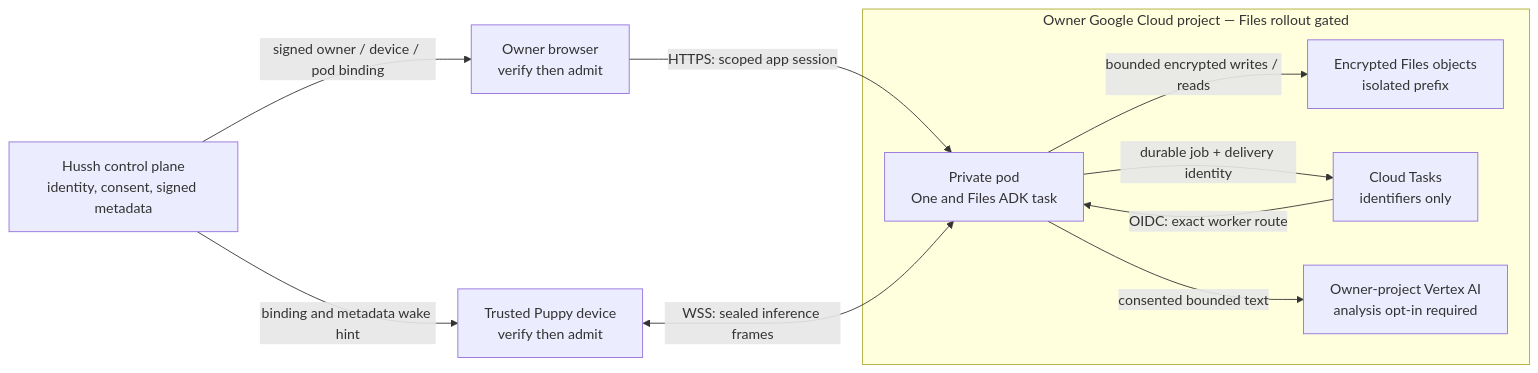
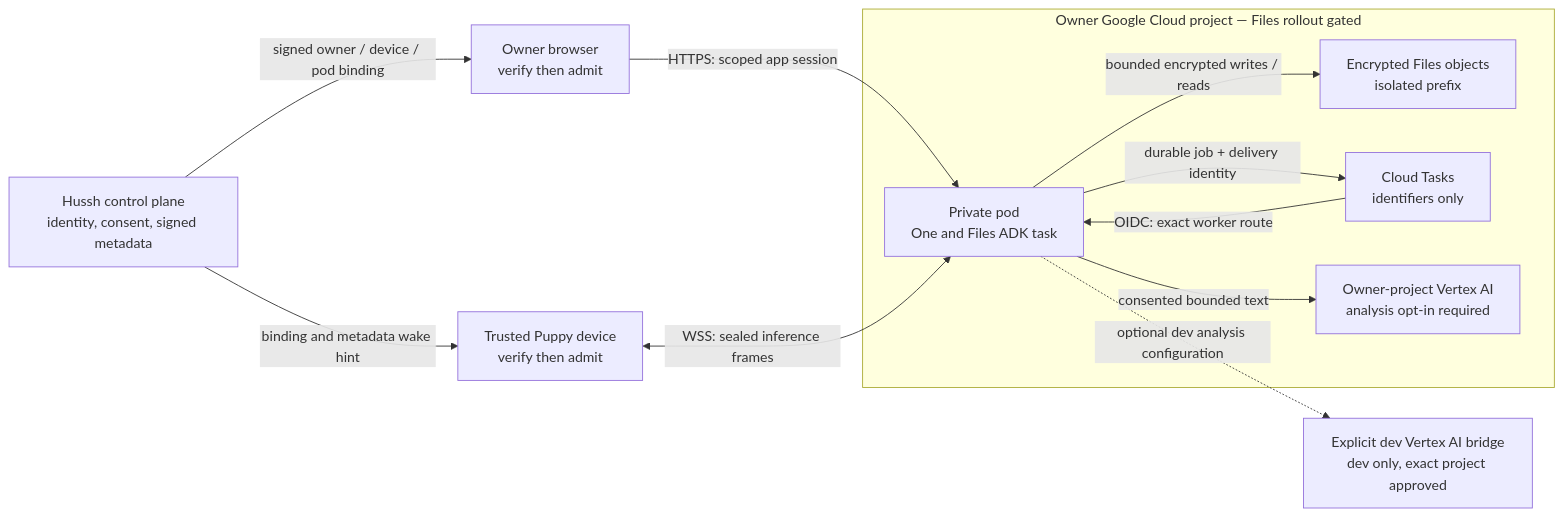
One commit to hushh-labs/hushh-research changed the diagram in docs/reference/operations/private-files-library.md. Above: the diagram before and after it, drawn with Mermaid. The commit also changed other lines of this file and 76 other files, not shown here.

````diff
--- a/docs/reference/operations/private-files-library.md
+++ b/docs/reference/operations/private-files-library.md
@@ -28,20 +28,22 @@
 ```mermaid
 flowchart LR
   H["Hussh control plane<br/>identity, consent, signed metadata"]
   B["Owner browser<br/>verify then admit"]
   D["Trusted Puppy device<br/>verify then admit"]
   subgraph OWNER["Owner Google Cloud project — Files rollout gated"]
     P["Private pod<br/>One and Files ADK task"]
     G["Encrypted Files objects<br/>isolated prefix"]
     Q["Cloud Tasks<br/>identifiers only"]
     V["Owner-project Vertex AI<br/>analysis opt-in required"]
     P -->|"bounded encrypted writes / reads"| G
     P -->|"durable job + delivery identity"| Q
     Q -->|"OIDC: exact worker route"| P
     P -->|"consented bounded text"| V
   end
+  DEV["Explicit dev Vertex AI bridge<br/>dev only, exact project approved"]
+  P -.->|"optional dev analysis configuration"| DEV
   H -->|"signed owner / device / pod binding"| B
   H -->|"binding and metadata wake hint"| D
   B -->|"HTTPS: scoped app session"| P
   D <-->|"WSS: sealed inference frames"| P
 ```
````
